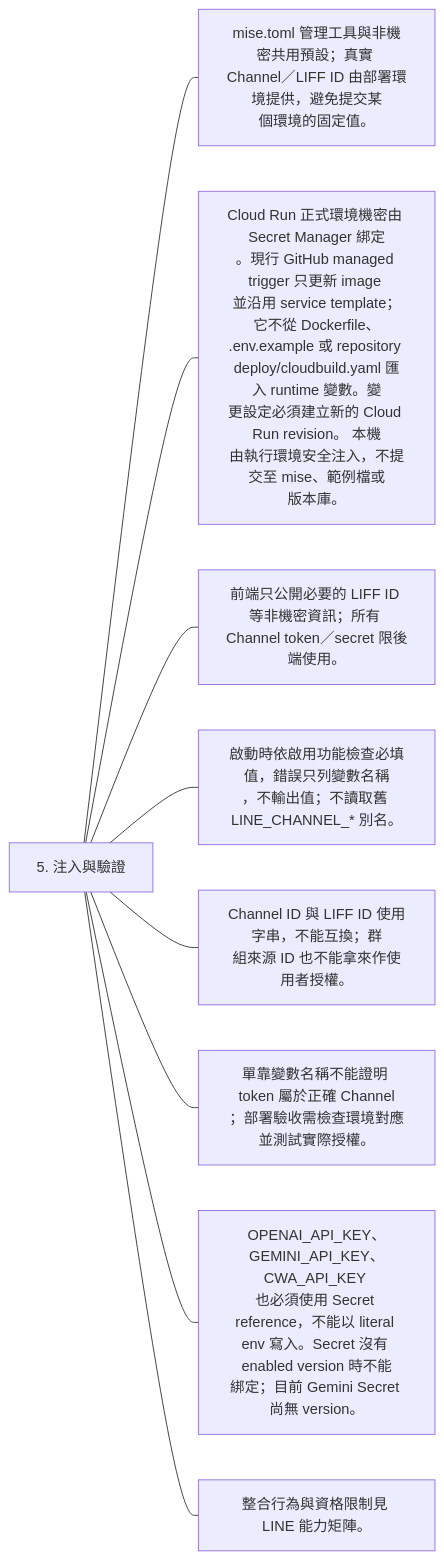
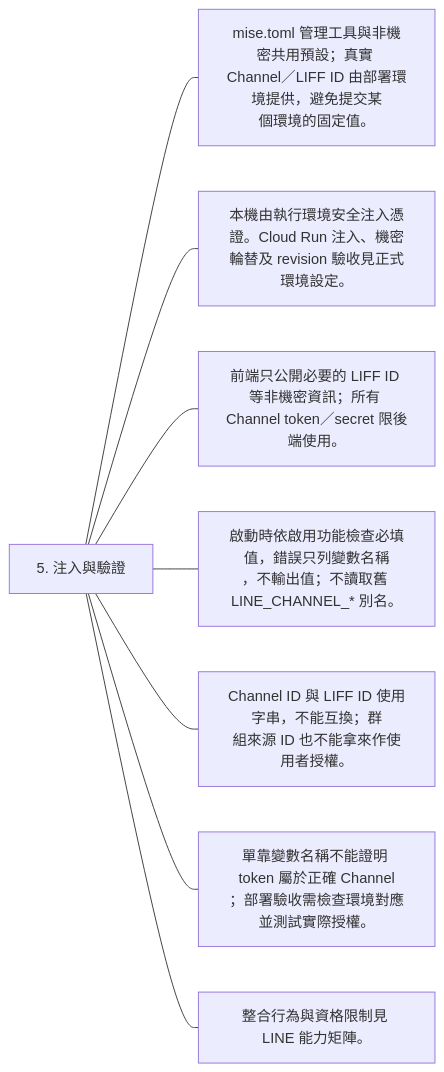
One commit to 963sup/line-mini-app-bot changed the ninth of 9 diagrams in docs/integrations/line/configuration.md. Above: the diagram before and after it, drawn with Mermaid. The commit also changed other lines of this file and 22 other files, not shown here.

````diff
--- a/docs/integrations/line/configuration.md
+++ b/docs/integrations/line/configuration.md
@@ -81,13 +81,13 @@
 ```mermaid
 flowchart LR
   h["5. 注入與驗證"]
   h --- n0["mise.toml 管理工具與非機密共用預設；真實 <br/>Channel／LIFF ID 由部署環境提供，避免提交某<br/>個環境的固定值。"]
-  h --- n1["Cloud Run 正式環境機密由 Secret Manager 綁定<br/>。現行 GitHub managed trigger 只更新 image <br/>並沿用 service template；它不從 Dockerfile、<br/>.env.example 或 repository <br/>deploy/cloudbuild.yaml 匯入 runtime 變數。變<br/>更設定必須建立新的 Cloud Run revision。 本機<br/>由執行環境安全注入，不提交至 mise、範例檔或<br/>版本庫。"]
+  h --- n1["本機由執行環境安全注入憑證。Cloud Run 注入、機密輪替及 revision 驗收見正式環境設定。"]
+  click n1 "../../operations/configuration.md"
   h --- n2["前端只公開必要的 LIFF ID 等非機密資訊；所有 <br/>Channel token／secret 限後端使用。"]
   h --- n3["啟動時依啟用功能檢查必填值，錯誤只列變數名稱<br/>，不輸出值；不讀取舊 LINE_CHANNEL_* 別名。"]
   h --- n4["Channel ID 與 LIFF ID 使用字串，不能互換；群<br/>組來源 ID 也不能拿來作使用者授權。"]
   h --- n5["單靠變數名稱不能證明 token 屬於正確 Channel<br/>；部署驗收需檢查環境對應並測試實際授權。"]
-  h --- n6["OPENAI_API_KEY、GEMINI_API_KEY、CWA_API_KEY <br/>也必須使用 Secret reference，不能以 literal <br/>env 寫入。Secret 沒有 enabled version 時不能<br/>綁定；目前 Gemini Secret 尚無 version。"]
   h --- n7["整合行為與資格限制見 LINE 能力矩陣。"]
   click n7 "capabilities.md"
 ```
````
